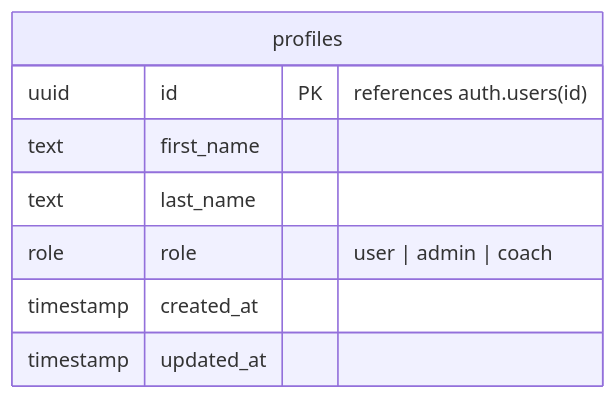
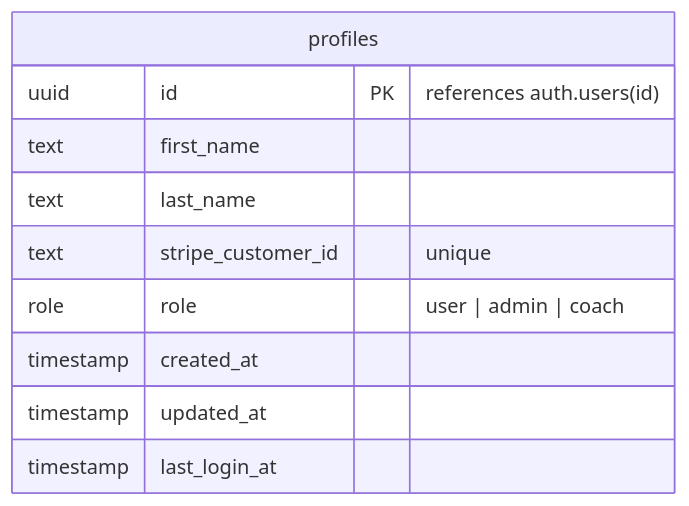
One commit to hack4impact/mcld-project changed the diagram in docs/profiles.md. Above: the diagram before and after it, drawn with Mermaid. The commit also changed other lines of this file, not shown here.

Commit message:
updated schema documentation

````diff
--- a/docs/profiles.md
+++ b/docs/profiles.md
@@ -5,11 +5,13 @@
 ```mermaid
 erDiagram
     profiles {
         uuid id PK "references auth.users(id)"
         text first_name
         text last_name
+        text stripe_customer_id "unique"
         role role "user | admin | coach"
         timestamp created_at
         timestamp updated_at
+        timestamp last_login_at
     }
 ```
````
